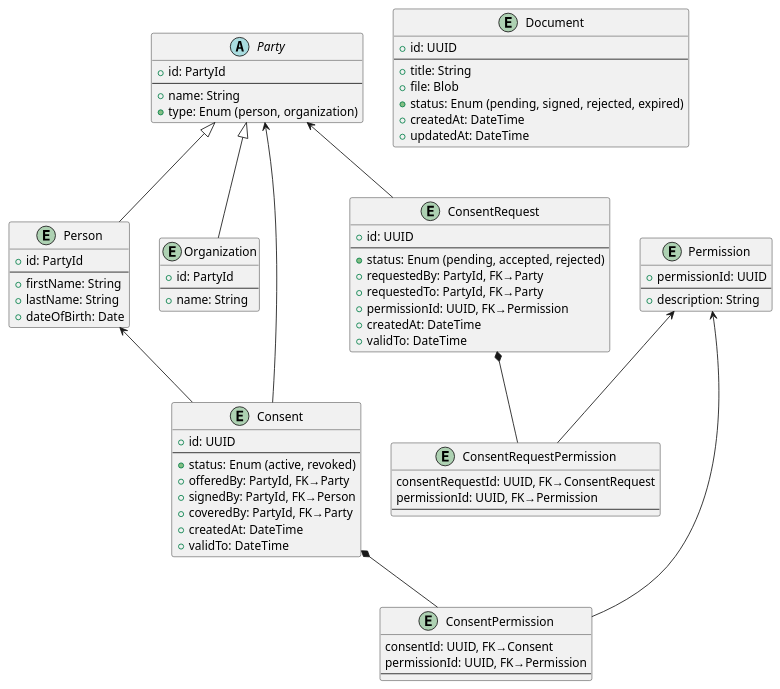
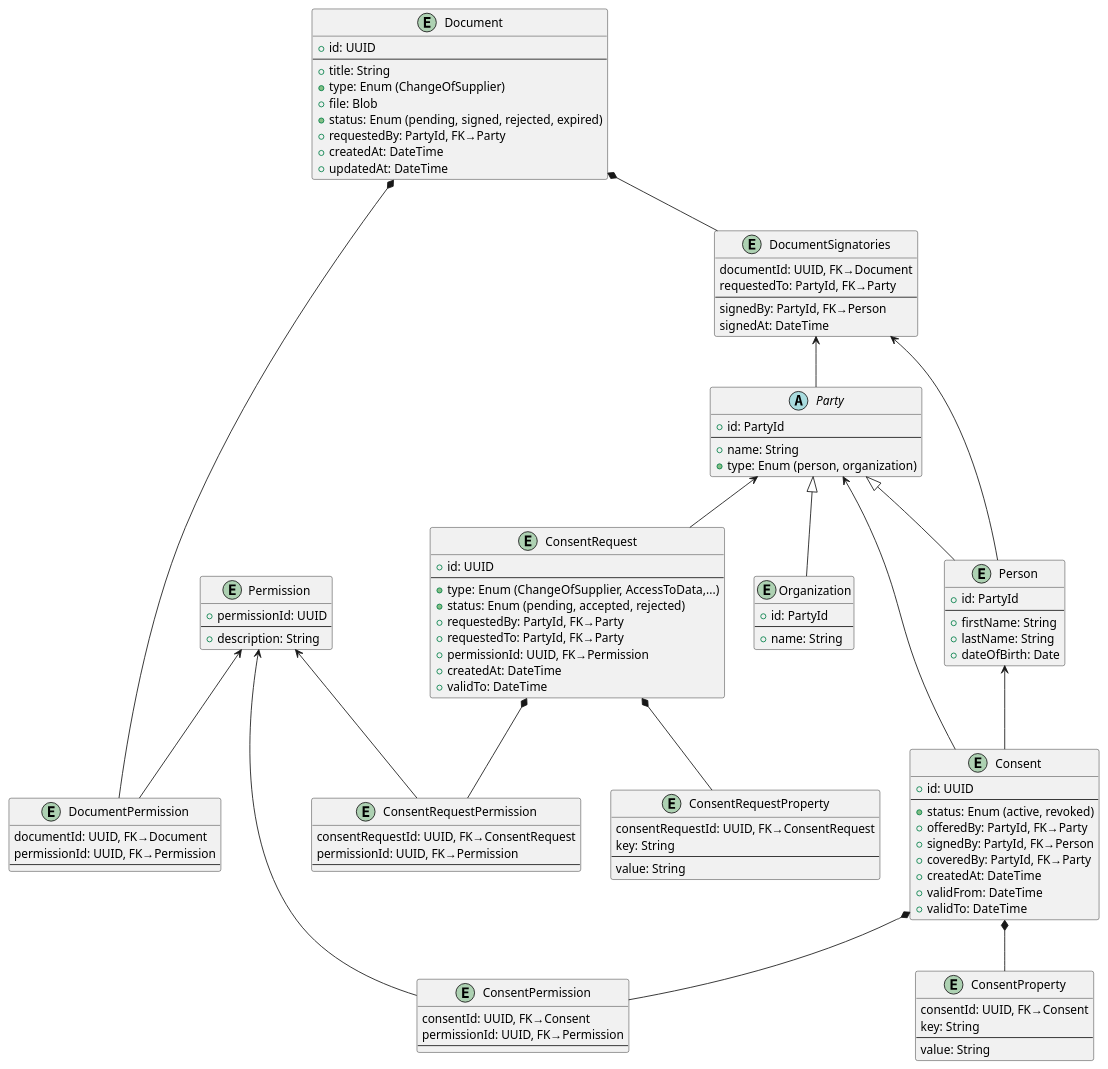
Before and after one commit to elhub/auth-grant-manager: the diagram in docs/datamodel.plantuml, drawn with PlantUML.

Commit message:
Update document structure

```diff
--- a/docs/datamodel.plantuml
+++ b/docs/datamodel.plantuml
@@ -1,92 +1,130 @@
 @startuml datamodel
 
 ' The PartyId is a type that is used to identify a party
 ' It can be an elhub user Id or a GLN. It is a string because it can be a UUID or a GLN-number
 ' type PartyId = String
 
 abstract Party {
   + id: PartyId
   --
   + name: String
   + type: Enum (person, organization)
 }
 
 entity Person {
   + id: PartyId
   --
   + firstName: String
   + lastName: String
   + dateOfBirth: Date
 }
 
 entity Organization {
   + id: PartyId
   --
   + name: String
 }
 
 entity Consent {
   + id: UUID
   --
   + status: Enum (active, revoked)
   + offeredBy: PartyId, FK→Party
   + signedBy: PartyId, FK→Person
   + coveredBy: PartyId, FK→Party
   + createdAt: DateTime
+  + validFrom: DateTime
   + validTo: DateTime
+}
+
+' Used to store metadata related to the Consent
+entity ConsentProperty {
+  consentId: UUID, FK→Consent
+  key: String
+  --
+  value: String
 }
 
 entity ConsentPermission {
   consentId: UUID, FK→Consent
   permissionId: UUID, FK→Permission
   --
 }
 
 entity Permission {
   + permissionId: UUID
   --
   + description: String
 }
 
 entity ConsentRequest {
   + id: UUID
   --
+  + type: Enum (ChangeOfSupplier, AccessToData,...)
   + status: Enum (pending, accepted, rejected)
   + requestedBy: PartyId, FK→Party
   + requestedTo: PartyId, FK→Party
   + permissionId: UUID, FK→Permission
   + createdAt: DateTime
   + validTo: DateTime
 }
 
+entity ConsentRequestProperty {
+  consentRequestId: UUID, FK→ConsentRequest
+  key: String
+  --
+  value: String
+}
+
 entity ConsentRequestPermission {
   consentRequestId: UUID, FK→ConsentRequest
   permissionId: UUID, FK→Permission
   --
 }
 
+' PDF's can contain metadata. Should we store properties in the PDF?
 entity Document {
   + id: UUID
   --
   + title: String
+  + type: Enum (ChangeOfSupplier)
   + file: Blob
   + status: Enum (pending, signed, rejected, expired)
+  + requestedBy: PartyId, FK→Party
   + createdAt: DateTime
   + updatedAt: DateTime
 }
 
+entity DocumentPermission {
+  documentId: UUID, FK→Document
+  permissionId: UUID, FK→Permission
+  --
+}
 
-
+entity DocumentSignatories {
+  documentId: UUID, FK→Document
+  requestedTo: PartyId, FK→Party
+  --
+  signedBy: PartyId, FK→Person
+  signedAt: DateTime
+} 
 
 ' Relationships
 Party <|-- Person
 Party <|-- Organization
 Consent *-- ConsentPermission
+Consent *-- ConsentProperty
 Permission <-- ConsentPermission
 ConsentRequest *-- ConsentRequestPermission
+ConsentRequest *-- ConsentRequestProperty
 Permission <-- ConsentRequestPermission
+Document *-- DocumentPermission
+Permission <-- DocumentPermission
+Document *-- DocumentSignatories
+DocumentSignatories <-- Party
+DocumentSignatories <-- Person
 Party <-- Consent
 Person <-- Consent
 Party <-- ConsentRequest
 
 @enduml
```
